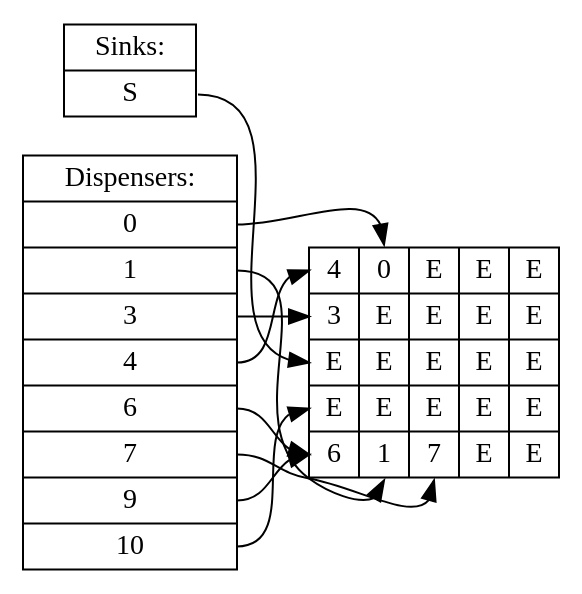
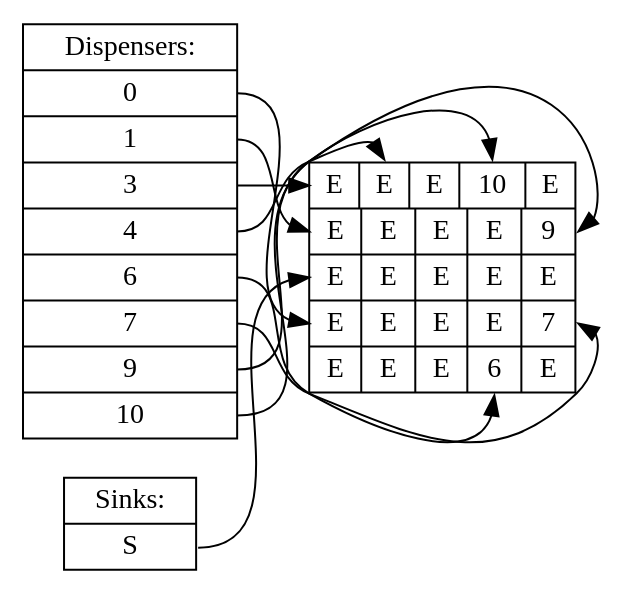
One commit to jiegec/OnePassSynthesisDMFB changed the diagram in solutions/PCR/time1.dot. Above: the diagram before and after it, drawn with Graphviz. The commit also changed 31 other files, not shown here.

```diff
--- a/solutions/PCR/time1.dot
+++ b/solutions/PCR/time1.dot
@@ -1,14 +1,14 @@
 digraph step {rankdir=LR;node [shape=record,fontname="Inconsolata"];
-dispenser [label="Dispensers:|<d1>0|<d13>1|<d18>3|<d0>4|<d14>6|<d12>7|<d15>9|<d16>10"];
+dispenser [label="Dispensers:|<d16>0|<d18>1|<d0>3|<d1>4|<d11>6|<d8>7|<d6>9|<d3>10"];
 sink [label="Sinks:|<s17>S"];
-board [label="{<f00>4|<f01>0|<f02>E|<f03>E|<f04>E}|{<f10>3|<f11>E|<f12>E|<f13>E|<f14>E}|{<f20>E|<f21>E|<f22>E|<f23>E|<f24>E}|{<f30>E|<f31>E|<f32>E|<f33>E|<f34>E}|{<f40>6|<f41>1|<f42>7|<f43>E|<f44>E}"];
-dispenser:d1 -> board:f01
-dispenser:d13 -> board:f41
+board [label="{<f00>E|<f01>E|<f02>E|<f03>10|<f04>E}|{<f10>E|<f11>E|<f12>E|<f13>E|<f14>9}|{<f20>E|<f21>E|<f22>E|<f23>E|<f24>E}|{<f30>E|<f31>E|<f32>E|<f33>E|<f34>7}|{<f40>E|<f41>E|<f42>E|<f43>6|<f44>E}"];
+dispenser:d16 -> board:f30
 dispenser:d18 -> board:f10
 dispenser:d0 -> board:f00
-dispenser:d14 -> board:f40
-dispenser:d12 -> board:f42
-dispenser:d15 -> board:f40
-dispenser:d16 -> board:f30
+dispenser:d1 -> board:f01
+dispenser:d11 -> board:f43
+dispenser:d8 -> board:f34
+dispenser:d6 -> board:f14
+dispenser:d3 -> board:f03
 sink:s17 -> board:f20
 }
```
